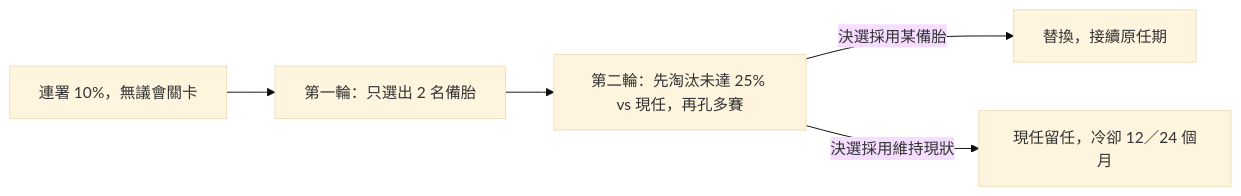
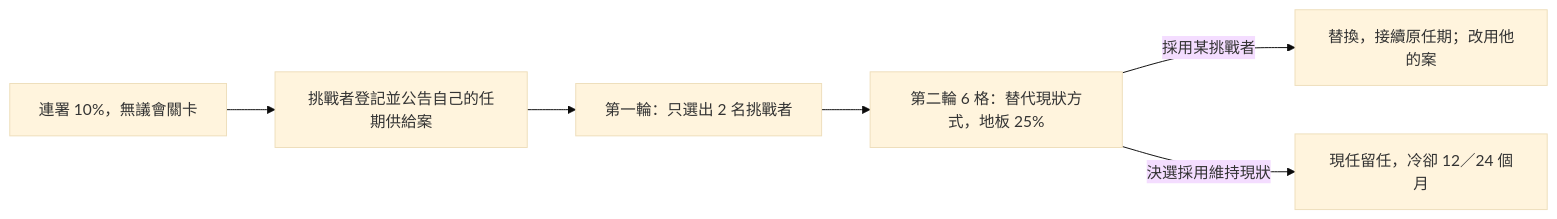
One commit to IRonROOT578/Political-Economy-Research-Public changed the second of 6 diagrams in topics/regime-designs/designs/南韓/一院總統制/憲政架構圖.md. Above: the diagram before and after it, drawn with Mermaid (base theme). The commit also changed other lines of this file and 241 other files, not shown here.

````diff
--- a/topics/regime-designs/designs/南韓/一院總統制/憲政架構圖.md
+++ b/topics/regime-designs/designs/南韓/一院總統制/憲政架構圖.md
@@ -23,7 +25,8 @@
 ```mermaid
 flowchart LR
-  Sign[連署 10%，無議會關卡] --> R1[第一輪：只選出 2 名備胎]
-  R1 --> R2[第二輪：先淘汰未達 25% vs 現任，再孔多賽]
-  R2 -->|決選採用某備胎| Change[替換，接續原任期]
+  Sign[連署 10%，無議會關卡] --> Pk[挑戰者登記並公告自己的任期供給案]
+  Pk --> R1[第一輪：只選出 2 名挑戰者]
+  R1 --> R2[第二輪 6 格：替代現狀方式，地板 25%]
+  R2 -->|採用某挑戰者| Change[替換，接續原任期；改用他的案]
   R2 -->|決選採用維持現狀| Stay[現任留任，冷卻 12／24 個月]
 ```
````
